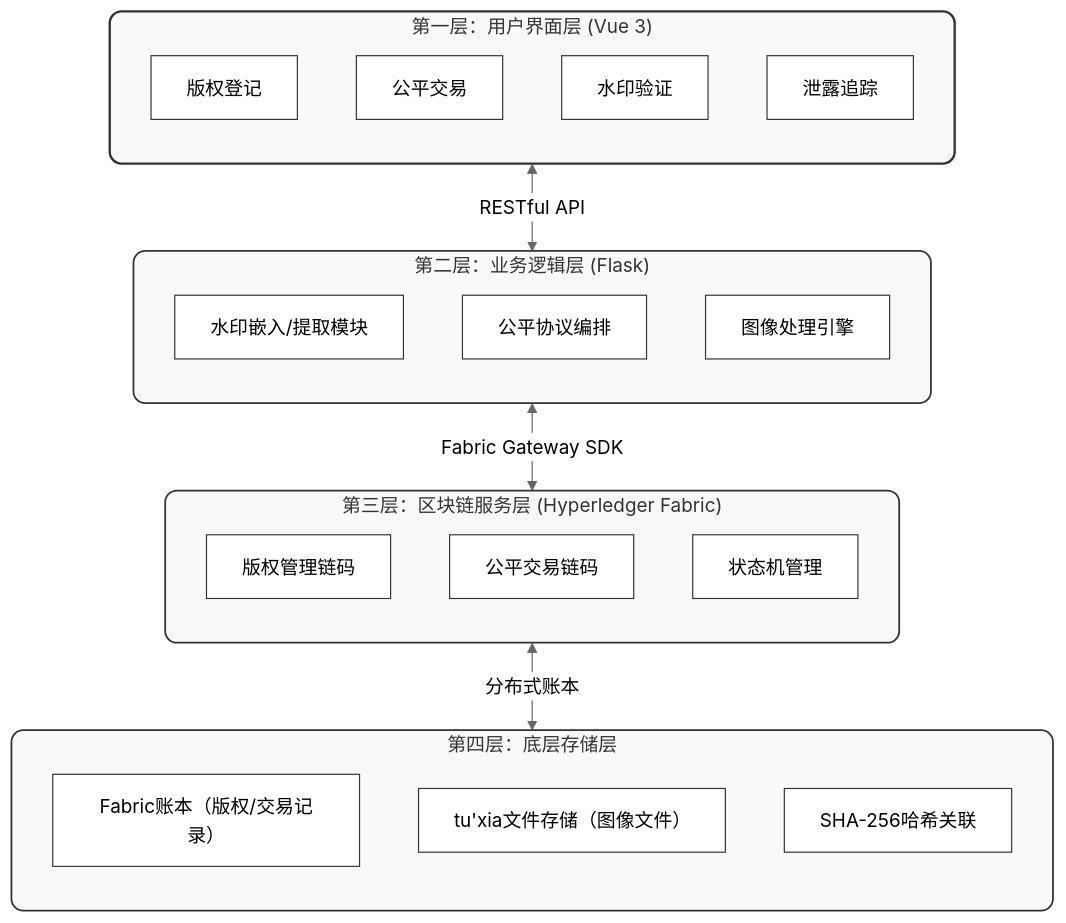
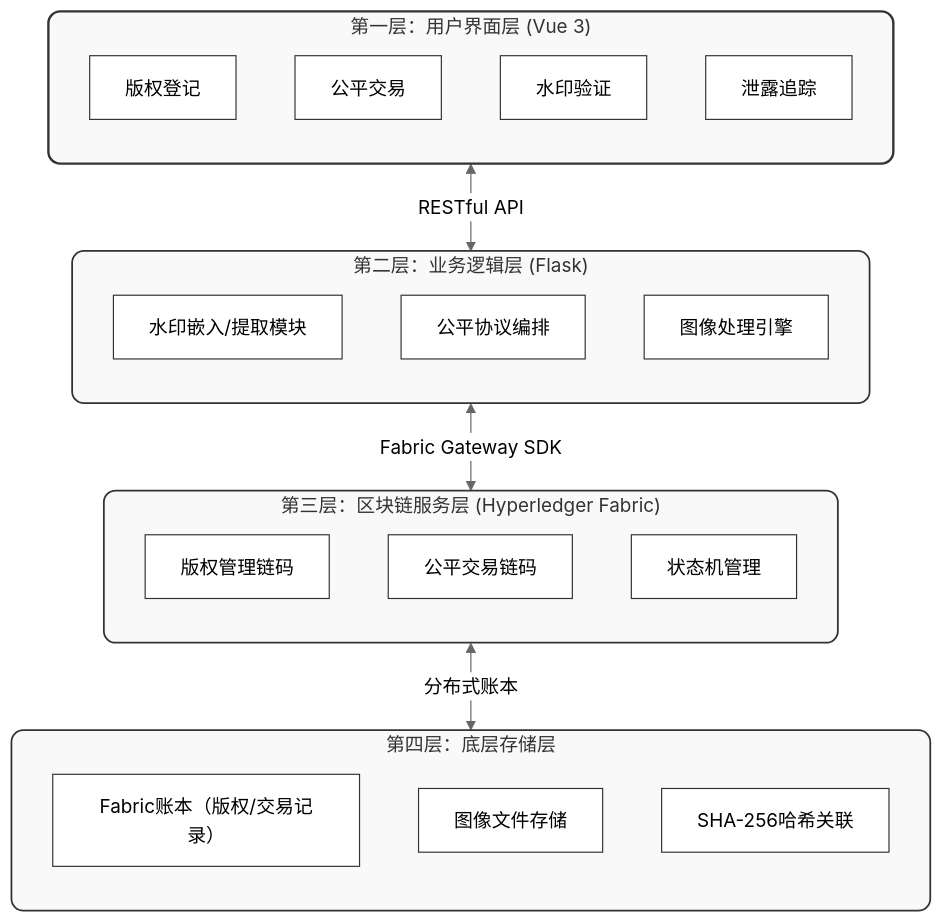
The diagram in all/未命名.md (lunaBack/iodraw-files), drawn with Mermaid (neutral theme) before and after one commit.

Commit message:
2026-05-10 22:14:06 update

````diff
--- a/all/未命名.md
+++ b/all/未命名.md
@@ -1,49 +1,49 @@
 ```mermaid
 graph TD
     %% 定义样式类
     classDef layerStyle fill:#f9f9f9,stroke:#333,stroke-width:2px,rx:10,ry:10;
     classDef subModuleStyle fill:#ffffff,stroke:#333,stroke-width:1px;
     classDef arrowStyle stroke:#333,stroke-width:1.5px;
 
     %% 第一层：用户界面层
     subgraph Layer1 ["第一层：用户界面层 (Vue 3)"]
         direction TB
         M1[版权登记]:::subModuleStyle
         M2[公平交易]:::subModuleStyle
         M3[水印验证]:::subModuleStyle
         M4[泄露追踪]:::subModuleStyle
     end
     Layer1:::layerStyle
 
     %% 第二层：业务逻辑层
     subgraph Layer2 ["第二层：业务逻辑层 (Flask)"]
         direction TB
         M5[水印嵌入/提取模块]:::subModuleStyle
         M6[公平协议编排]:::subModuleStyle
         M7[图像处理引擎]:::subModuleStyle
     end
     Layer2:::layerStyle
 
     %% 第三层：区块链服务层
     subgraph Layer3 ["第三层：区块链服务层 (Hyperledger Fabric)"]
         direction TB
         M8[版权管理链码]:::subModuleStyle
         M9[公平交易链码]:::subModuleStyle
         M10[状态机管理]:::subModuleStyle
     end
     Layer3:::layerStyle
 
     %% 第四层：底层存储层
     subgraph Layer4 ["第四层：底层存储层"]
         direction TB
         M11["Fabric账本（版权/交易记录）"]:::subModuleStyle
-        M12["tu'xia文件存储（图像文件）"]:::subModuleStyle
+        M12["图像文件存储"]:::subModuleStyle
         M13["SHA-256哈希关联"]:::subModuleStyle
     end
     Layer4:::layerStyle
 
     %% 连接关系
     Layer1 <-->|RESTful API| Layer2:::arrowStyle
     Layer2 <-->|Fabric Gateway SDK| Layer3:::arrowStyle
     Layer3 <-->|分布式账本| Layer4:::arrowStyle
 ```
````
